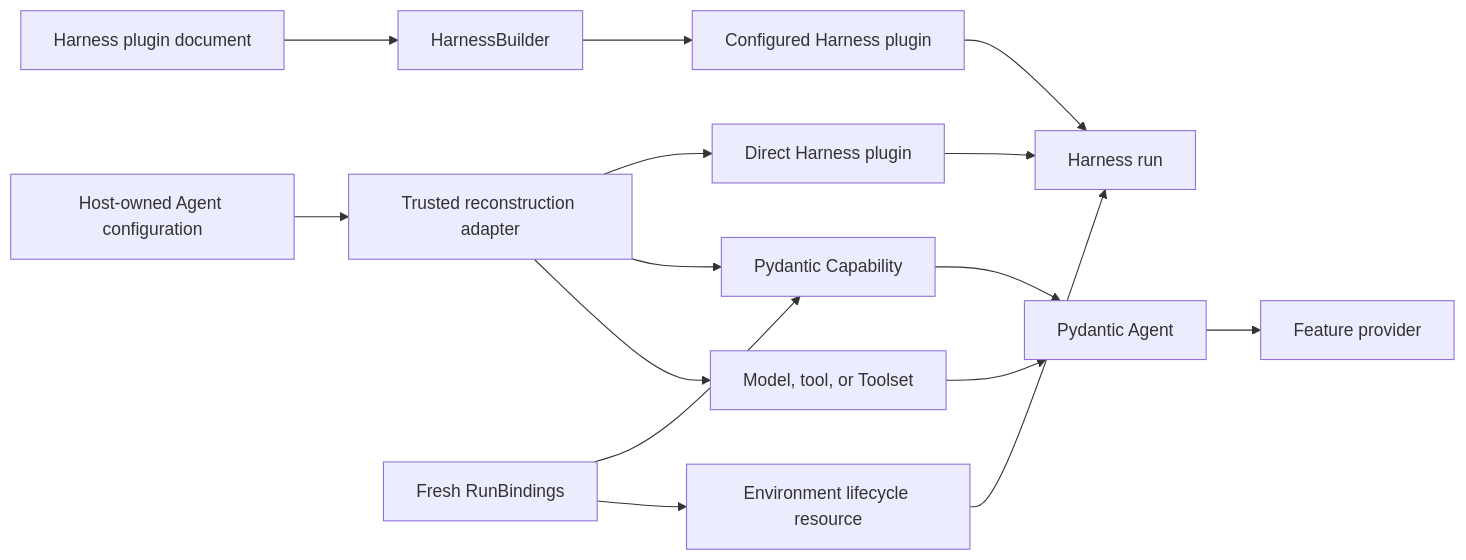
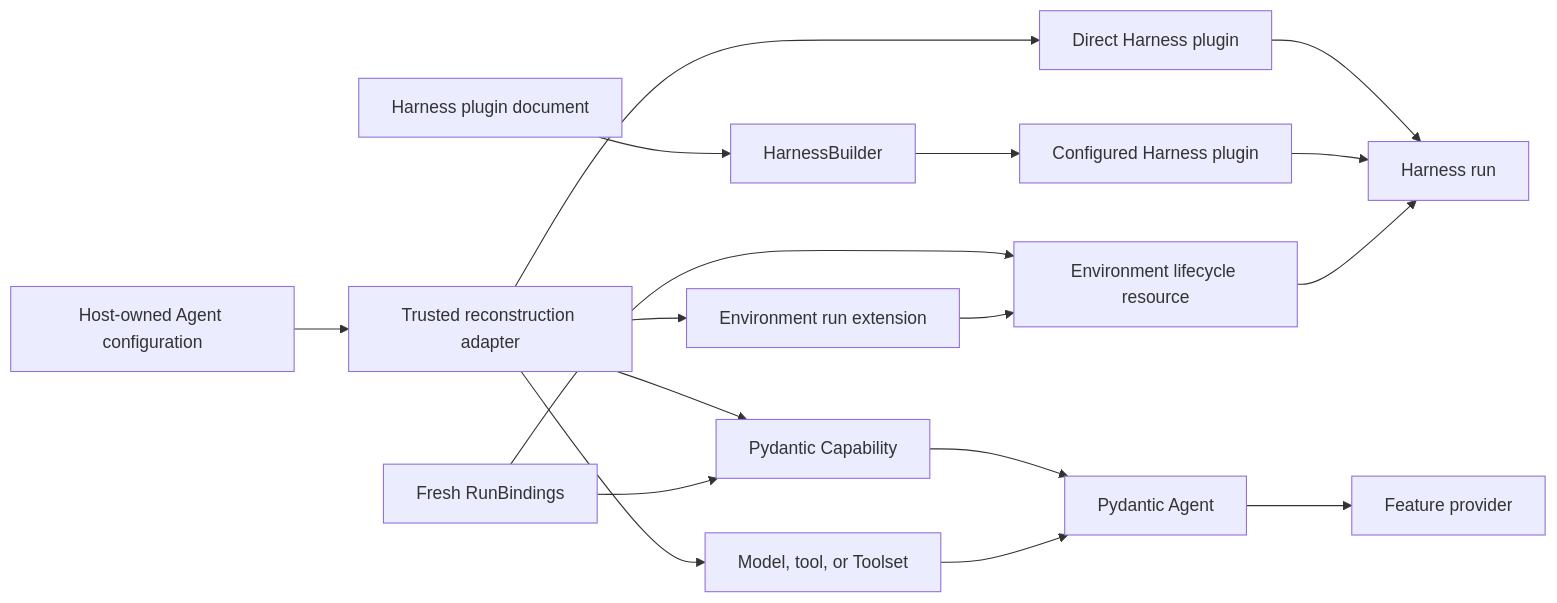
The third of 4 diagrams in spec/README.md (LTThreeComma/agent-foundation), drawn with Mermaid before and after one commit. The commit also changed other lines of this file and 39 other files, not shown here.

First line of the commit message:
feat(harness): add aggregate environment run extensions

````diff
--- a/spec/README.md
+++ b/spec/README.md
@@ -221,15 +221,17 @@
 ```mermaid
 flowchart LR
     HostConfig[Host-owned Agent configuration] --> Adapter[Trusted reconstruction adapter]
     Adapter --> DirectPlugin[Direct Harness plugin]
     PluginConfig[Harness plugin document] --> Builder[HarnessBuilder]
     Builder --> ConfiguredPlugin[Configured Harness plugin]
     Adapter --> Capability[Pydantic Capability]
     Adapter --> Native[Model, tool, or Toolset]
     RunAuthority[Fresh RunBindings] --> Capability
     RunAuthority --> Environment[Environment lifecycle resource]
+    Adapter --> RunExtension[Environment run extension]
+    RunExtension --> Environment
     DirectPlugin & ConfiguredPlugin --> Harness[Harness run]
     Capability & Native --> Agent[Pydantic Agent]
     Environment --> Harness
     Agent --> Provider[Feature provider]
 ```
````
